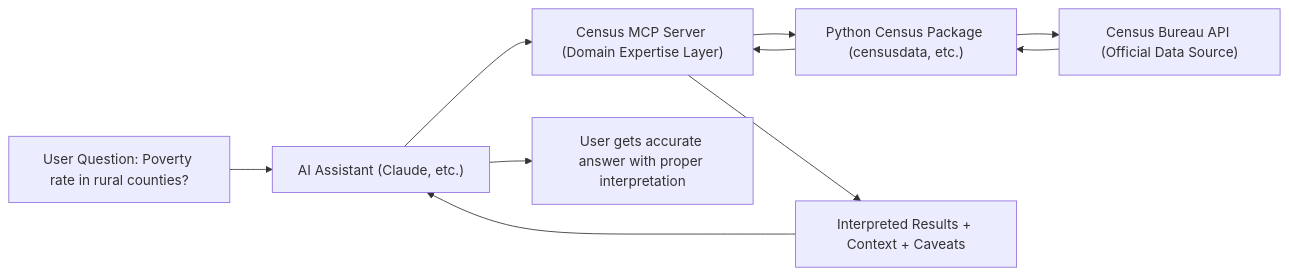
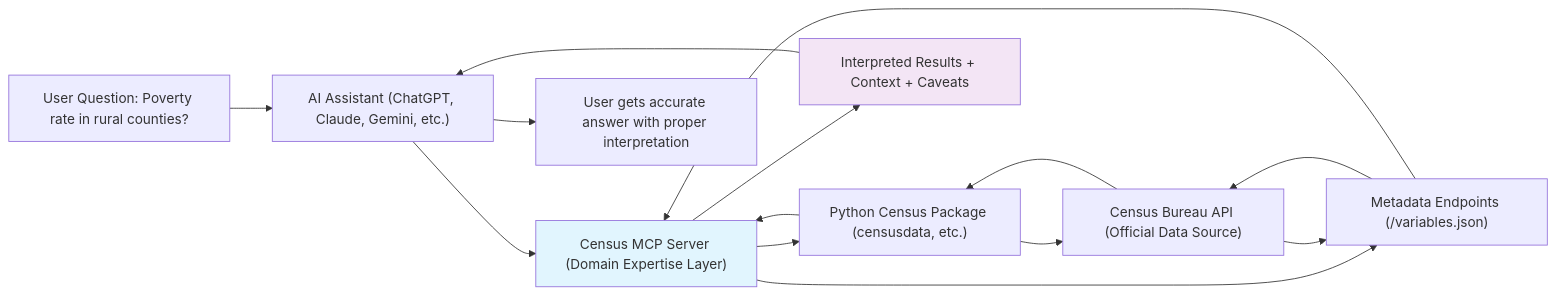
One commit to saikrmet/open-census-mcp-server changed the diagram in README.md. Above: the diagram before and after it, drawn with Mermaid. The commit also changed other lines of this file, not shown here.

````diff
--- a/README.md
+++ b/README.md
@@ -28,12 +28,19 @@
 ```mermaid
 graph LR
-    A["User Question: Poverty rate in rural counties?"] --> B["AI Assistant (Claude, etc.)"]
+    A["User Question: Poverty rate in rural counties?"] --> B["AI Assistant (ChatGPT, Claude, Gemini, etc.)"]
     B --> C["Census MCP Server (Domain Expertise Layer)"]
     C --> D["Python Census Package (censusdata, etc.)"]
+    C --> H["Metadata Endpoints (/variables.json)"]
     D --> E["Census Bureau API (Official Data Source)"]
+    H --> E
     E --> D
+    E --> H
     D --> C
+    H --> C
     C --> F["Interpreted Results + Context + Caveats"]
     F --> B
     B --> G["User gets accurate answer with proper interpretation"]
+    
+    style C fill:#e1f5fe
+    style F fill:#f3e5f5
 ```
````
